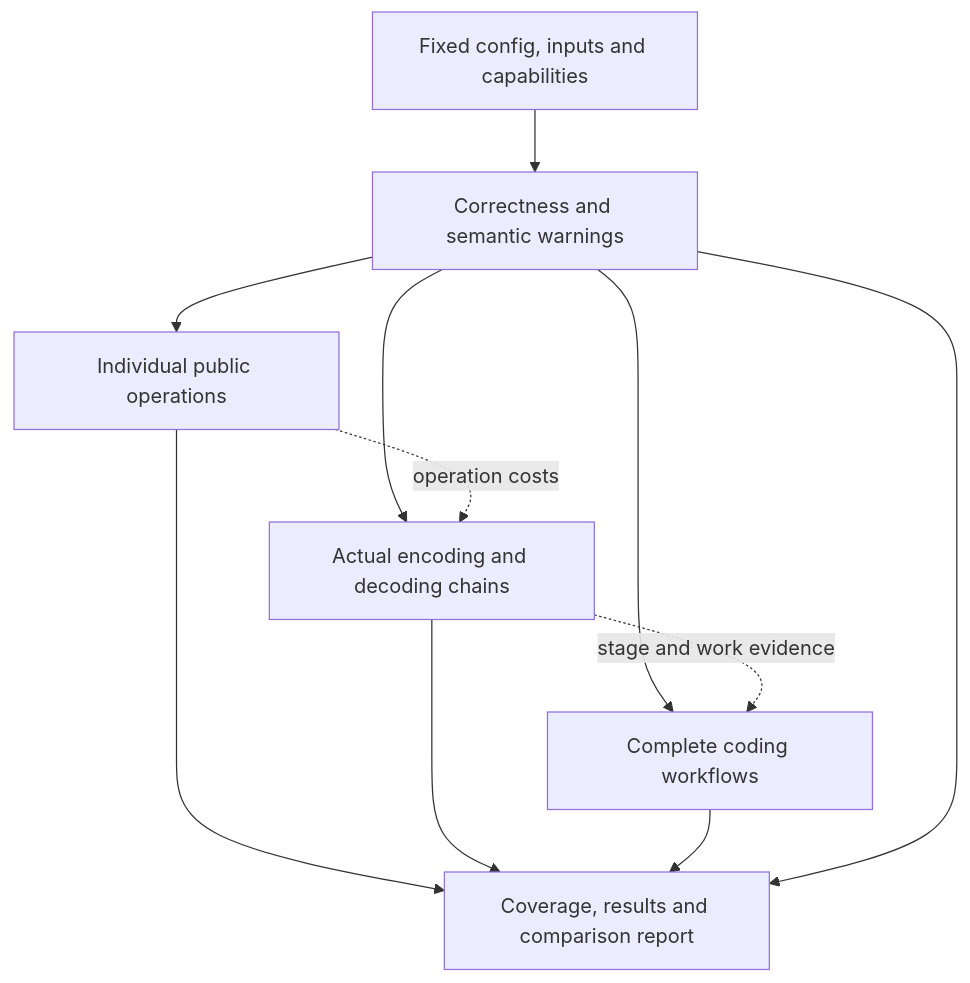
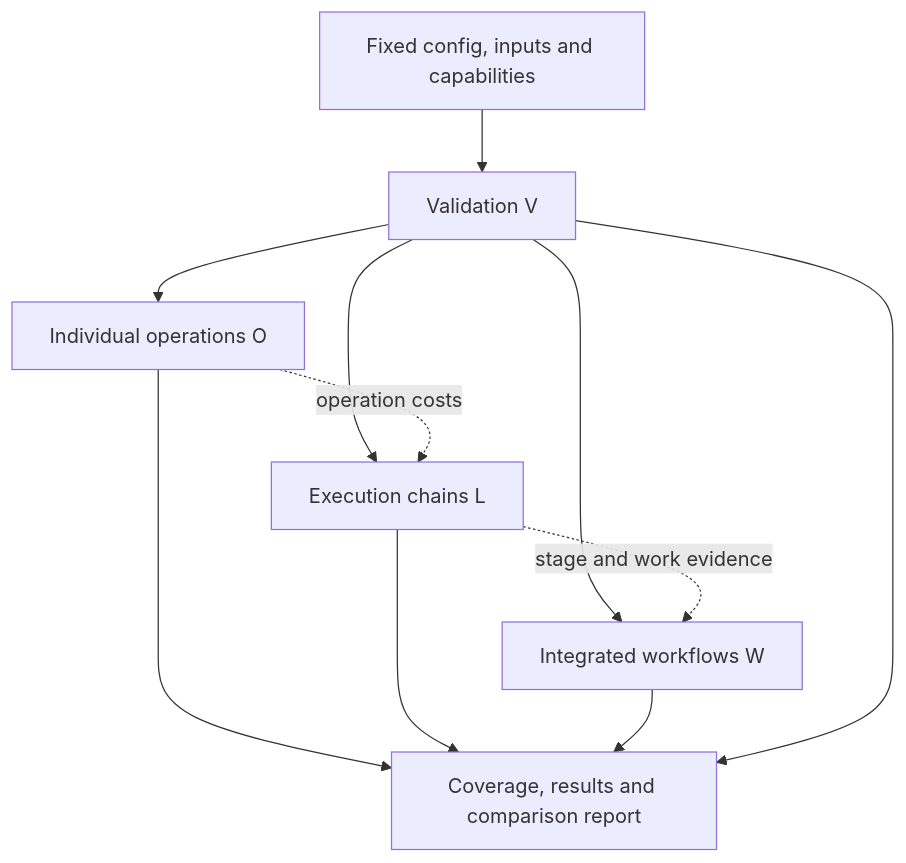
One commit to Gideon-0709/fountain_eval changed the diagram in docs/TEST.md. Above: the diagram before and after it, drawn with Mermaid. The commit also changed other lines of this file and 9 other files, not shown here.

````diff
--- a/docs/TEST.md
+++ b/docs/TEST.md
@@ -20,13 +20,13 @@
 ```mermaid
 flowchart TD
-    Inputs[Fixed config, inputs and capabilities] --> Correctness[Correctness and semantic warnings]
-    Correctness --> Operations[Individual public operations]
-    Correctness --> Chains[Actual encoding and decoding chains]
-    Correctness --> Integrated[Complete coding workflows]
+    Inputs[Fixed config, inputs and capabilities] --> Validation[Validation V]
+    Validation --> Operations[Individual operations O]
+    Validation --> Chains[Execution chains L]
+    Validation --> Integrated[Integrated workflows W]
     Operations -. operation costs .-> Chains
     Chains -. stage and work evidence .-> Integrated
     Operations --> Report[Coverage, results and comparison report]
     Chains --> Report
     Integrated --> Report
-    Correctness --> Report
+    Validation --> Report
 ```
````
